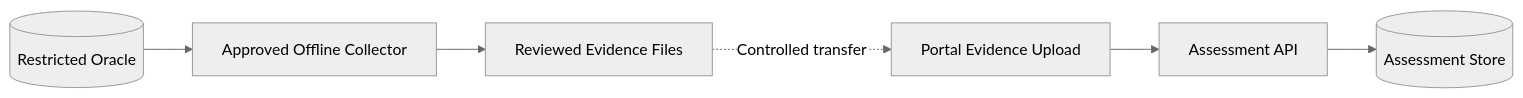
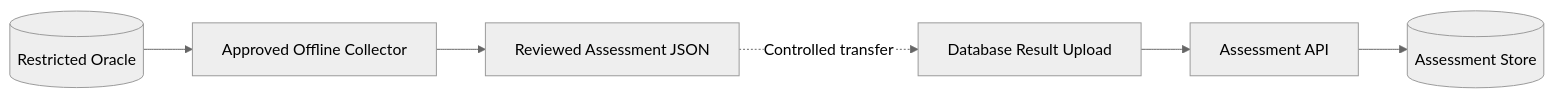
Before and after one commit to prjelesi/DBMigrationAssist: the second of 3 diagrams in demo/DEMO_GUIDE.md, drawn with Mermaid (neutral theme). The commit also changed other lines of this file and 28 other files, not shown here.

````diff
--- a/demo/DEMO_GUIDE.md
+++ b/demo/DEMO_GUIDE.md
@@ -210,8 +211,8 @@
 ```mermaid
 flowchart LR
     DB[(Restricted Oracle)] --> Tool[Approved Offline Collector]
-    Tool --> Bundle[Reviewed Evidence Files]
-    Bundle -. Controlled transfer .-> Upload[Portal Evidence Upload]
+    Tool --> Result[Reviewed Assessment JSON]
+    Result -. Controlled transfer .-> Upload[Database Result Upload]
     Upload --> API[Assessment API]
     API --> Store[(Assessment Store)]
 ```
````
